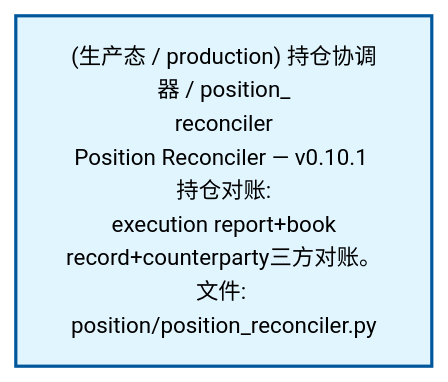
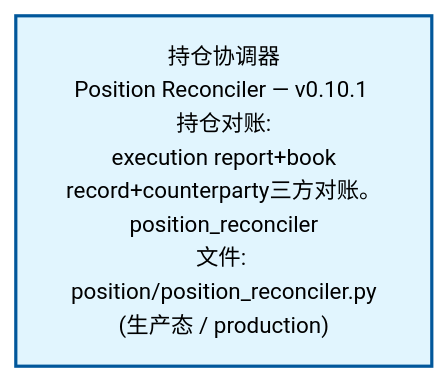
One commit to xuanFelixVan/ZephyrAlpha changed the second of 4 diagrams in docs/02_enterprise_architecture/02_domain_architecture_docs/64_d_position.md. Above: the diagram before and after it, drawn with Mermaid. The commit also changed other lines of this file and 62 other files, not shown here.

````diff
--- a/docs/02_enterprise_architecture/02_domain_architecture_docs/64_d_position.md
+++ b/docs/02_enterprise_architecture/02_domain_architecture_docs/64_d_position.md
@@ -101,10 +103,10 @@
 ```mermaid
 %%{init: {'theme': 'base', 'themeVariables': {'primaryColor': '#eaeaea', 'primaryTextColor': '#333333', 'primaryBorderColor': '#666666', 'lineColor': '#666666', 'secondaryColor': '#eaeaea', 'tertiaryColor': '#eaeaea', 'fontSize': '14px'}}}%%
 flowchart TD
-    src_zephyr_position_position_reconciler_py["(生产态 / production) 持仓协调器 / position_<br/>reconciler<br/>Position Reconciler — v0.10.1 持仓对账:<br/>execution report+book<br/>record+counterparty三方对账。<br/>文件: position/position_reconciler.py"]
+    src_zephyr_position_position_reconciler_py["持仓协调器<br/>Position Reconciler — v0.10.1 持仓对账:<br/>execution report+book<br/>record+counterparty三方对账。<br/>position_reconciler<br/>文件: position/position_reconciler.py<br/>(生产态 / production)"]
     classDef production fill:#e1f5fe,stroke:#01579b,stroke-width:2px,color:#000
     classDef design fill:#fff3e0,stroke:#e65100,stroke-width:2px,color:#000,stroke-dasharray: 5 5
     classDef external_prod fill:#e8f4fd,stroke:#0277bd,stroke-width:1px,color:#000
     classDef external_design fill:#fff8e7,stroke:#ef6c00,stroke-width:1px,color:#000,stroke-dasharray: 5 5
     class src_zephyr_position_position_reconciler_py production
 ```
````
